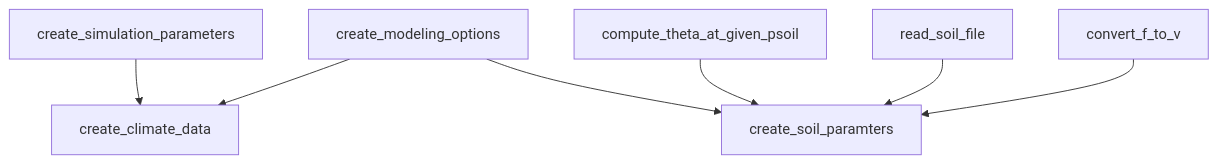
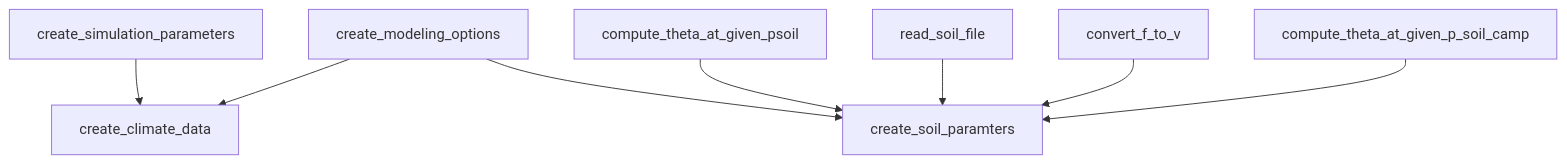
The diagram in README.md (ecamo19/sureau_ecos_py), drawn with Mermaid before and after one commit. The commit also changed 6 other files, not shown here.

Commit message:
Function create_soil_parameters added

````diff
--- a/README.md
+++ b/README.md
@@ -18,25 +18,26 @@
 ``` mermaid
     %%{init:{'themeVariables': {'primaryBorderColor': '#00758f'}}}%%
     flowchart TD;
 
         create_simulation_parameters-->create_climate_data;
         create_modeling_options-->create_climate_data;
 
         create_modeling_options-->create_soil_paramters;
         compute_theta_at_given_psoil-->create_soil_paramters;
         read_soil_file-->create_soil_paramters;
         convert_f_to_v-->create_soil_paramters;
+        compute_theta_at_given_p_soil_camp-->create_soil_paramters;
 
 
         %% Blue color boxes -----------------------------------------------------
 
         %%style create_climate_data fill:#00758f
         %%style create_modeling_options fill:#00758f
         %%style create_simulation_parameters fill:#00758f, lineColor:#00758f
         %%style create_soil_paramters fill:#00758f
 
 
         %% Red color boxes ------------------------------------------------------
         %%style compute_theta_at_given_psoil fill:#880808
 
 ```
````
